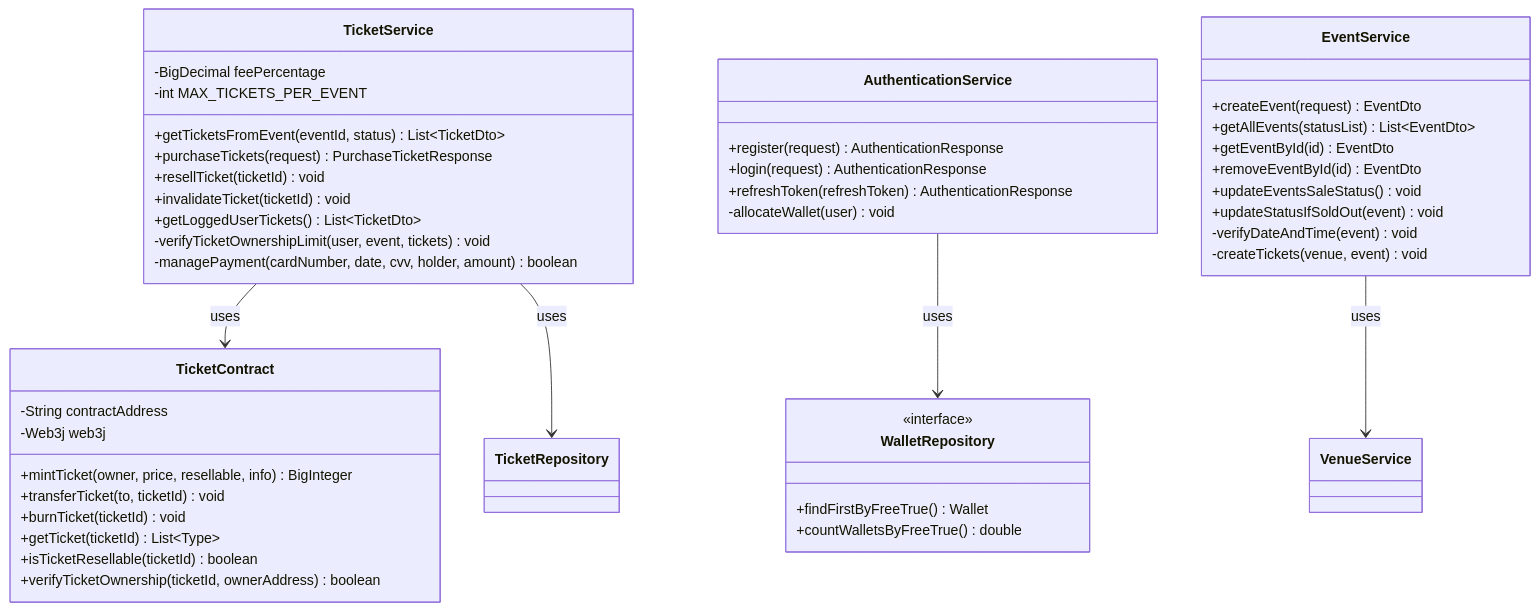
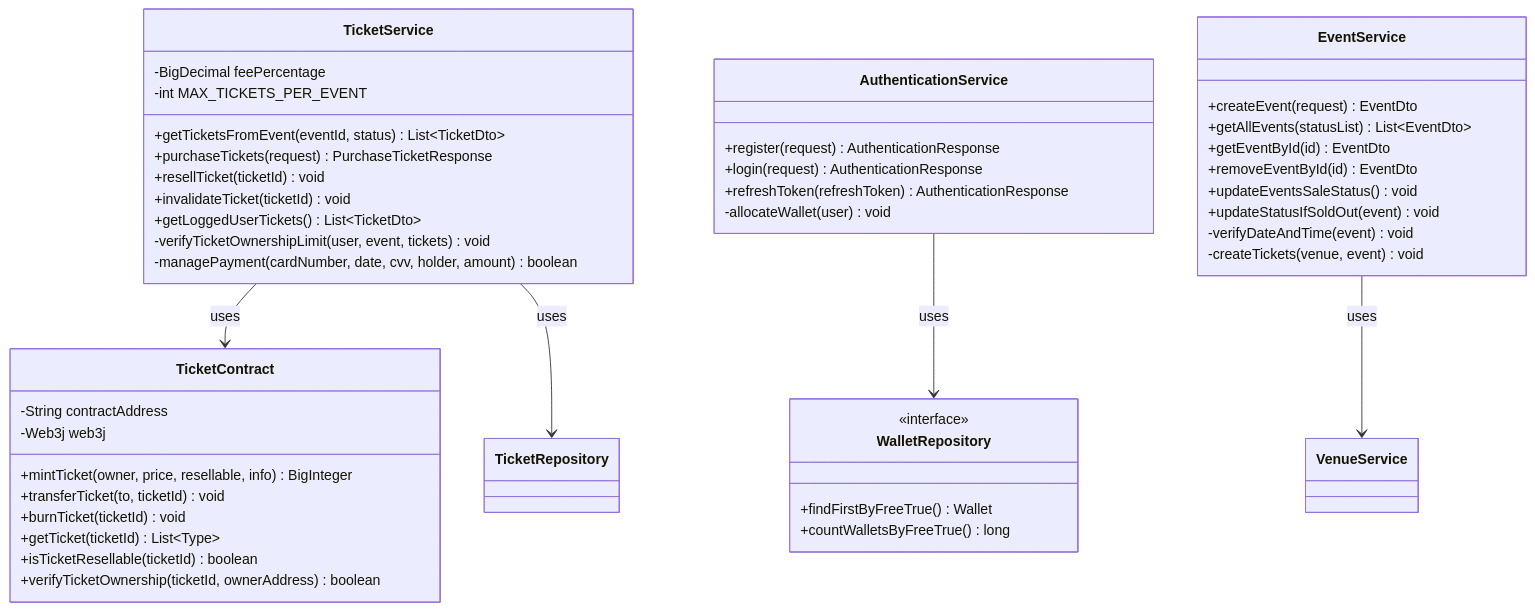
One commit to s-lusito/TicketBlock-Ing_Sw changed the second of 2 diagrams in docs/class-diagram.md. Above: the diagram before and after it, drawn with Mermaid. The commit also changed 1 other file, not shown here.

Commit message:
Fix return type for countWalletsByFreeTrue from double to long

````diff
--- a/docs/class-diagram.md
+++ b/docs/class-diagram.md
@@ -117,54 +117,54 @@
 ```mermaid
 classDiagram
     class TicketService {
         -BigDecimal feePercentage
         -int MAX_TICKETS_PER_EVENT
         +getTicketsFromEvent(eventId, status) List~TicketDto~
         +purchaseTickets(request) PurchaseTicketResponse
         +resellTicket(ticketId) void
         +invalidateTicket(ticketId) void
         +getLoggedUserTickets() List~TicketDto~
         -verifyTicketOwnershipLimit(user, event, tickets) void
         -managePayment(cardNumber, date, cvv, holder, amount) boolean
     }
 
     class TicketContract {
         -String contractAddress
         -Web3j web3j
         +mintTicket(owner, price, resellable, info) BigInteger
         +transferTicket(to, ticketId) void
         +burnTicket(ticketId) void
         +getTicket(ticketId) List~Type~
         +isTicketResellable(ticketId) boolean
         +verifyTicketOwnership(ticketId, ownerAddress) boolean
     }
 
     class AuthenticationService {
         +register(request) AuthenticationResponse
         +login(request) AuthenticationResponse
         +refreshToken(refreshToken) AuthenticationResponse
         -allocateWallet(user) void
     }
 
     class WalletRepository {
         <<interface>>
         +findFirstByFreeTrue() Wallet
-        +countWalletsByFreeTrue() double
+        +countWalletsByFreeTrue() long
     }
 
     class EventService {
         +createEvent(request) EventDto
         +getAllEvents(statusList) List~EventDto~
         +getEventById(id) EventDto
         +removeEventById(id) EventDto
         +updateEventsSaleStatus() void
         +updateStatusIfSoldOut(event) void
         -verifyDateAndTime(event) void
         -createTickets(venue, event) void
     }
 
     TicketService --> TicketContract : uses
     TicketService --> TicketRepository : uses
     AuthenticationService --> WalletRepository : uses
     EventService --> VenueService : uses
 ```
````
